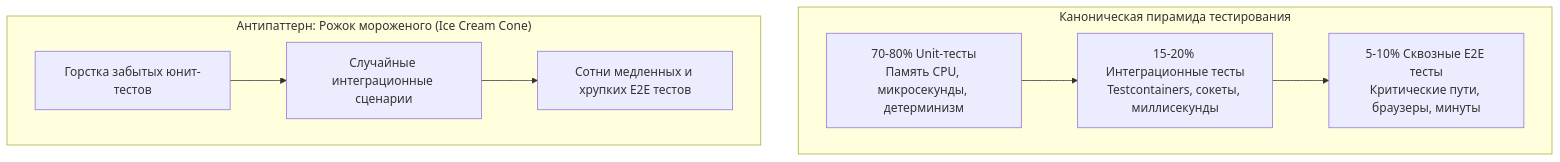
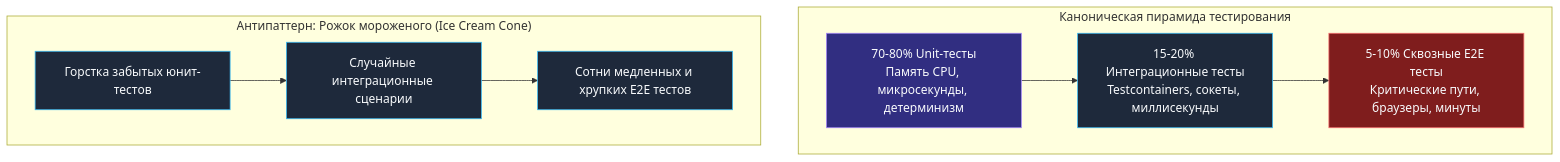
One commit to UnrealTemplier/go-textbook changed the first of 3 diagrams in sources/15. Тестирование в Go (QA & Testing)/10. Практика и CI/7. Speed vs reliability.md. Above: the diagram before and after it, drawn with Mermaid. The commit also changed other lines of this file and 1666 other files, not shown here.

First line of the commit message:
feat(mermaid): add semantic color classDef to 1369 colorless flowchart/graph diagrams

````diff
--- a/sources/15. Тестирование в Go (QA & Testing)/10. Практика и CI/7. Speed vs reliability.md
+++ b/sources/15. Тестирование в Go (QA & Testing)/10. Практика и CI/7. Speed vs reliability.md
@@ -9,15 +9,25 @@
 ```mermaid
 flowchart TD
+    classDef process  fill:#1e293b,stroke:#38bdf8,stroke-width:1px,color:#f8fafc
+    classDef success  fill:#064e3b,stroke:#34d399,stroke-width:1px,color:#f8fafc
+    classDef error    fill:#7f1d1d,stroke:#f87171,stroke-width:1px,color:#f8fafc
+    classDef warning  fill:#78350f,stroke:#fbbf24,stroke-width:1px,color:#f8fafc
+    classDef entry    fill:#1e3a5f,stroke:#38bdf8,stroke-width:2px,color:#f8fafc
+    classDef aux      fill:#334155,stroke:#64748b,stroke-width:1px,color:#f8fafc
+    classDef system   fill:#312e81,stroke:#a78bfa,stroke-width:1px,color:#f8fafc
+    classDef data     fill:#132d29,stroke:#2dd4bf,stroke-width:1px,color:#f8fafc
+    classDef network  fill:#881337,stroke:#fb7185,stroke-width:1px,color:#f8fafc
+    classDef accent   fill:#1e1b4b,stroke:#818cf8,stroke-width:1px,color:#f8fafc
     subgraph Pyramid["Каноническая пирамида тестирования"]
-        U["70-80% Unit-тесты<br/>Память CPU, микросекунды, детерминизм"]
-        I["15-20% Интеграционные тесты<br/>Testcontainers, сокеты, миллисекунды"]
-        E["5-10% Сквозные E2E тесты<br/>Критические пути, браузеры, минуты"]
+        U["70-80% Unit-тесты<br/>Память CPU, микросекунды, детерминизм"]:::system
+        I["15-20% Интеграционные тесты<br/>Testcontainers, сокеты, миллисекунды"]:::process
+        E["5-10% Сквозные E2E тесты<br/>Критические пути, браузеры, минуты"]:::error
         U --> I --> E
     end
     subgraph Cone["Антипаттерн: Рожок мороженого (Ice Cream Cone)"]
-        CE["Сотни медленных и хрупких E2E тестов"]
-        CI["Случайные интеграционные сценарии"]
-        CU["Горстка забытых юнит-тестов"]
+        CE["Сотни медленных и хрупких E2E тестов"]:::process
+        CI["Случайные интеграционные сценарии"]:::process
+        CU["Горстка забытых юнит-тестов"]:::process
         CU --> CI --> CE
     end
 ```
````
